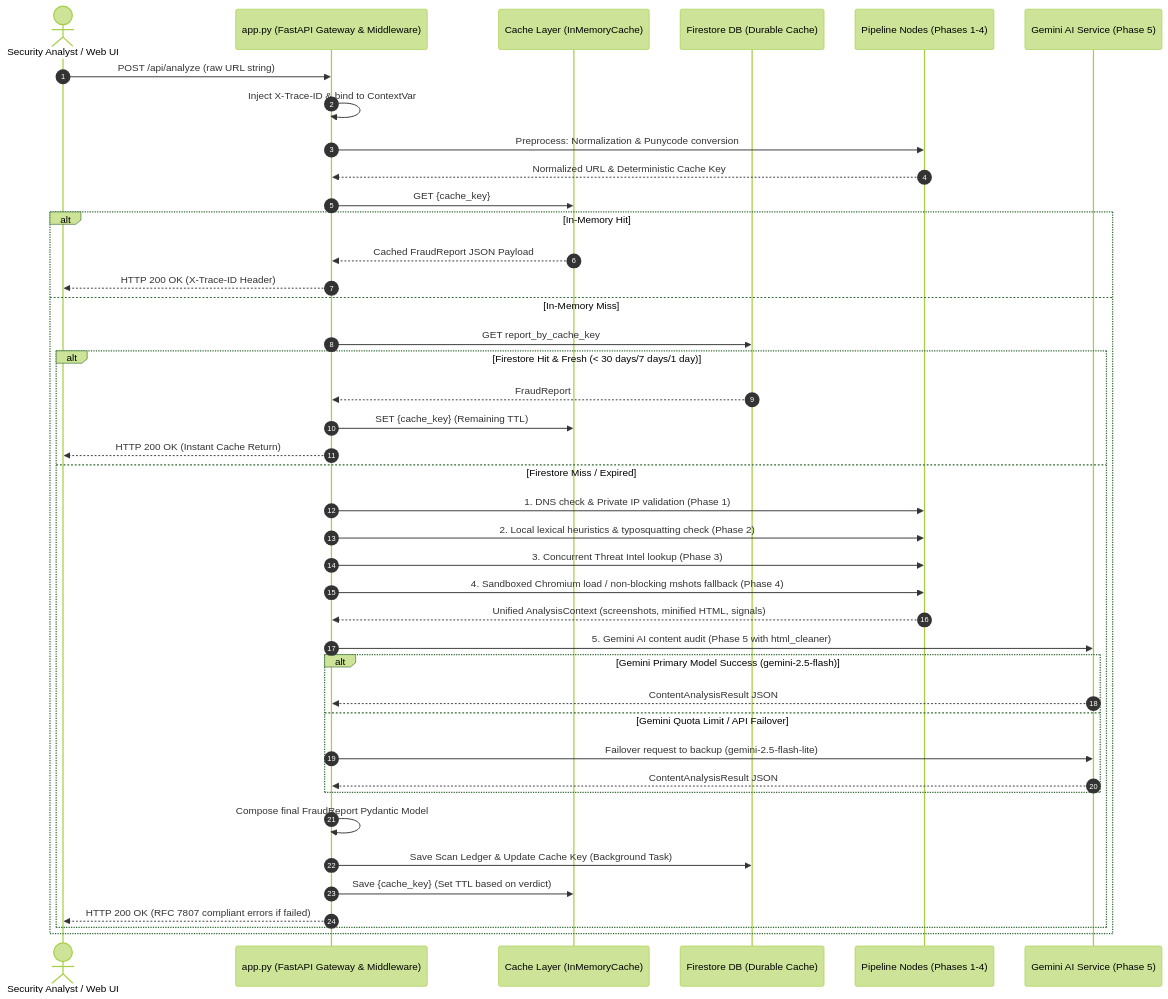
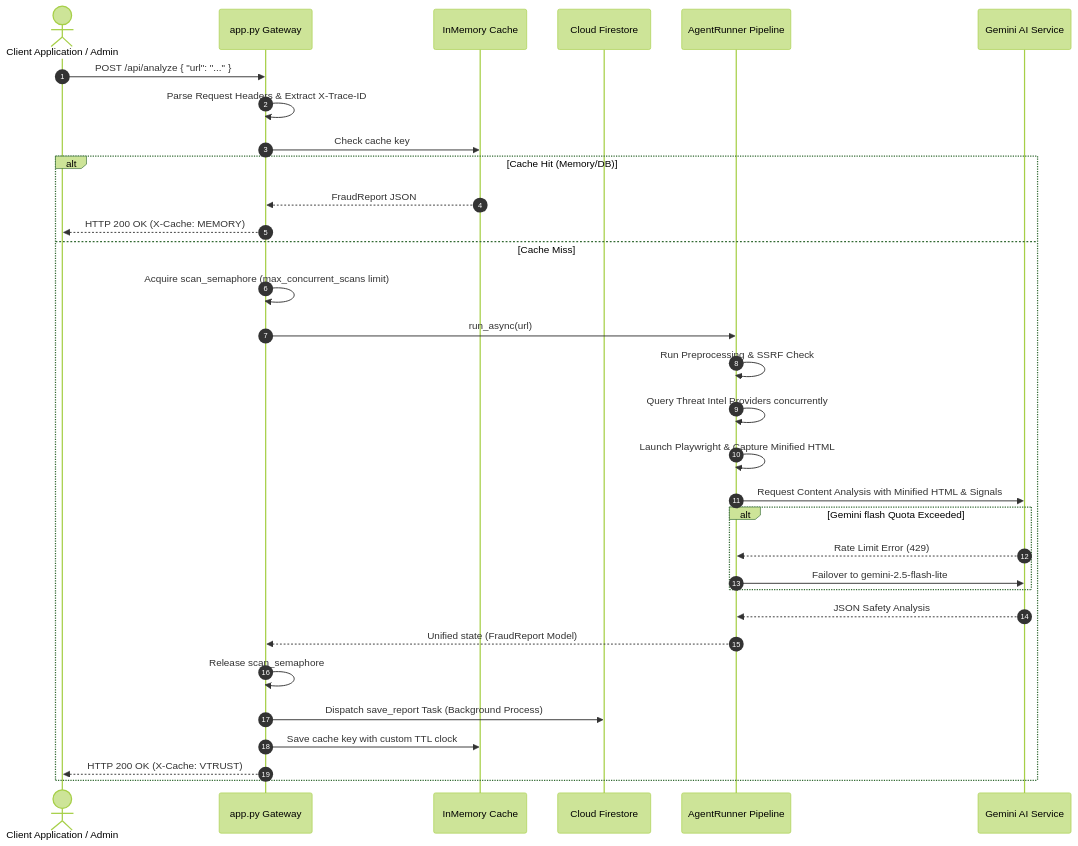
The second of 2 diagrams in README.md (lequanganhtuan/AI_agent), drawn with Mermaid (forest theme) before and after one commit. The commit also changed other lines of this file, not shown here.

Commit message:
docs: expand README with complete system design, flowcharts, schemas, and resilience metrics

````diff
--- a/README.md
+++ b/README.md
@@ -111,47 +118,35 @@
 ```mermaid
 sequenceDiagram
     autonumber
-    actor User as Security Analyst / Web UI
-    participant App as app.py (FastAPI Gateway & Middleware)
-    participant Cache as Cache Layer (InMemoryCache)
-    participant DB as Firestore DB (Durable Cache)
-    participant Pipeline as Pipeline Nodes (Phases 1-4)
-    participant Gemini as Gemini AI Service (Phase 5)
+    actor User as Client Application / Admin
+    participant Gateway as app.py Gateway
+    participant Cache as InMemory Cache
+    participant DB as Cloud Firestore
+    participant Engine as AgentRunner Pipeline
+    participant Gemini as Gemini AI Service
 
-    User->>App: POST /api/analyze (raw URL string)
-    App->>App: Inject X-Trace-ID & bind to ContextVar
-    App->>Pipeline: Preprocess: Normalization & Punycode conversion
-    Pipeline-->>App: Normalized URL & Deterministic Cache Key
-    App->>Cache: GET {cache_key}
-    
-    alt In-Memory Hit
-        Cache-->>App: Cached FraudReport JSON Payload
-        App-->>User: HTTP 200 OK (X-Trace-ID Header)
-    else In-Memory Miss
-        App->>DB: GET report_by_cache_key
-        alt Firestore Hit & Fresh (< 30 days/7 days/1 day)
-            DB-->>App: FraudReport
-            App->>Cache: SET {cache_key} (Remaining TTL)
-            App-->>User: HTTP 200 OK (Instant Cache Return)
-        else Firestore Miss / Expired
-            App->>Pipeline: 1. DNS check & Private IP validation (Phase 1)
-            App->>Pipeline: 2. Local lexical heuristics & typosquatting check (Phase 2)
-            App->>Pipeline: 3. Concurrent Threat Intel lookup (Phase 3)
-            App->>Pipeline: 4. Sandboxed Chromium load / non-blocking mshots fallback (Phase 4)
-            Pipeline-->>App: Unified AnalysisContext (screenshots, minified HTML, signals)
-            
-            App->>Gemini: 5. Gemini AI content audit (Phase 5 with html_cleaner)
-            alt Gemini Primary Model Success (gemini-2.5-flash)
-                Gemini-->>App: ContentAnalysisResult JSON
-            else Gemini Quota Limit / API Failover
-                App->>Gemini: Failover request to backup (gemini-2.5-flash-lite)
-                Gemini-->>App: ContentAnalysisResult JSON
-            end
-            
-            App->>App: Compose final FraudReport Pydantic Model
-            App->>DB: Save Scan Ledger & Update Cache Key (Background Task)
-            App->>Cache: Save {cache_key} (Set TTL based on verdict)
-            App-->>User: HTTP 200 OK (RFC 7807 compliant errors if failed)
+    User->>Gateway: POST /api/analyze { "url": "..." }
+    Gateway->>Gateway: Parse Request Headers & Extract X-Trace-ID
+    Gateway->>Cache: Check cache key
+    alt Cache Hit (Memory/DB)
+        Cache-->>Gateway: FraudReport JSON
+        Gateway-->>User: HTTP 200 OK (X-Cache: MEMORY)
+    else Cache Miss
+        Gateway->>Gateway: Acquire scan_semaphore (max_concurrent_scans limit)
+        Gateway->>Engine: run_async(url)
+        Engine->>Engine: Run Preprocessing & SSRF Check
+        Engine->>Engine: Query Threat Intel Providers concurrently
+        Engine->>Engine: Launch Playwright & Capture Minified HTML
+        Engine->>Gemini: Request Content Analysis with Minified HTML & Signals
+        alt Gemini flash Quota Exceeded
+            Gemini-->>Engine: Rate Limit Error (429)
+            Engine->>Gemini: Failover to gemini-2.5-flash-lite
         end
+        Gemini-->>Engine: JSON Safety Analysis
+        Engine-->>Gateway: Unified state (FraudReport Model)
+        Gateway->>Gateway: Release scan_semaphore
+        Gateway->>DB: Dispatch save_report Task (Background Process)
+        Gateway->>Cache: Save cache key with custom TTL clock
+        Gateway-->>User: HTTP 200 OK (X-Cache: VTRUST)
     end
 ```
````
